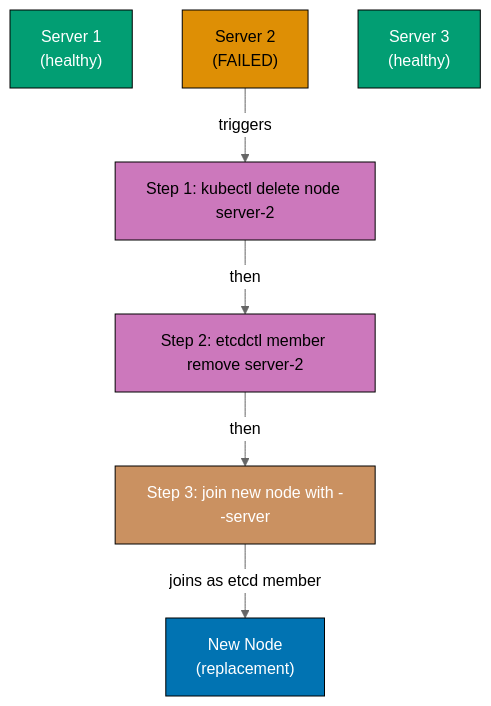
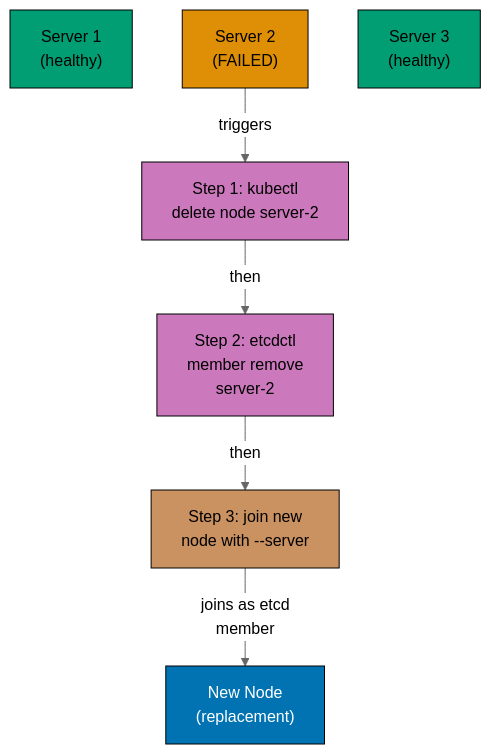
Before and after one commit to wahidyankf/ose-public: the tenth of 12 diagrams in apps/ayokoding-www/content/en/learn/legacy/software-engineering/infrastructure/tools/k3s/by-example/advanced.md, drawn with Mermaid (neutral theme). The commit also changed other lines of this file and 131 other files, not shown here.

First line of the commit message:
fix(mermaid): bring the legacy data, infrastructure, and testing diagrams onto the accessible palette

````diff
--- a/apps/ayokoding-www/content/en/learn/legacy/software-engineering/infrastructure/tools/k3s/by-example/advanced.md
+++ b/apps/ayokoding-www/content/en/learn/legacy/software-engineering/infrastructure/tools/k3s/by-example/advanced.md
@@ -1931,24 +1996,32 @@
 ```mermaid
 %% Color Palette: Blue #0173B2, Orange #DE8F05, Teal #029E73, Purple #CC78BC, Brown #CA9161
 graph TD
+    accTitle: Example 79: HA Node Replacement in K3s Cluster
+    accDescr: Graph with 8 nodes and 5 connections. Nodes: Server 1 (healthy), Server 2 (FAILED), Server 3 (healthy), New Node (replacement), Step 1: kubectl delete node server-2, Step 2: etcdctl member remove server-2, STEP3, server. Connections: STEP3 to server, Server 2 (FAILED) to Step 1: kubectl delete node server-2 (triggers), Step 1: kubectl delete node server-2 to Step 2: etcdctl member remove server-2 (then), Step 2: etcdctl member remove server-2 to STEP3 (then), STEP3 to New Node (replacement) (joins as etcd member).
     S1["Server 1<br/>(healthy)"]
     S2["Server 2<br/>(FAILED)"]
     S3["Server 3<br/>(healthy)"]
     NEW["New Node<br/>(replacement)"]
-    STEP1["Step 1: kubectl delete node server-2"]
-    STEP2["Step 2: etcdctl member remove server-2"]
-    STEP3["Step 3: join new node with --server"]
+    STEP1["Step 1: kubectl<br/>delete node server-2"]
+    STEP2["Step 2: etcdctl<br/>member remove<br/>server-2"]
+    STEP3["Step 3: join new<br/>node with --server"]
 
     S2 -->|triggers| STEP1
     STEP1 -->|then| STEP2
     STEP2 -->|then| STEP3
-    STEP3 -->|"joins as etcd member"| NEW
+    STEP3 -->|"joins as etcd<br/>member"| NEW
 
-    style S1 fill:#029E73,stroke:#000,color:#fff
-    style S2 fill:#DE8F05,stroke:#000,color:#000
-    style S3 fill:#029E73,stroke:#000,color:#fff
-    style NEW fill:#0173B2,stroke:#000,color:#fff
-    style STEP1 fill:#CC78BC,stroke:#000,color:#000
-    style STEP2 fill:#CC78BC,stroke:#000,color:#000
-    style STEP3 fill:#CA9161,stroke:#000,color:#fff
+    classDef pal-029E73 fill:#029E73,stroke:#000000,color:#000000
+    class S1 pal-029E73
+    classDef pal-DE8F05 fill:#DE8F05,stroke:#000000,color:#000000
+    class S2 pal-DE8F05
+    class S3 pal-029E73
+    classDef pal-0173B2 fill:#0173B2,stroke:#000000,color:#FFFFFF
+    class NEW pal-0173B2
+    classDef pal-CC78BC fill:#CC78BC,stroke:#000000,color:#000000
+    class STEP1 pal-CC78BC
+    class STEP2 pal-CC78BC
+    classDef pal-CA9161 fill:#CA9161,stroke:#000000,color:#000000
+    class STEP3 pal-CA9161
+    classDef default fill:#FFFFFF,stroke:#000000,color:#000000
 ```
````
